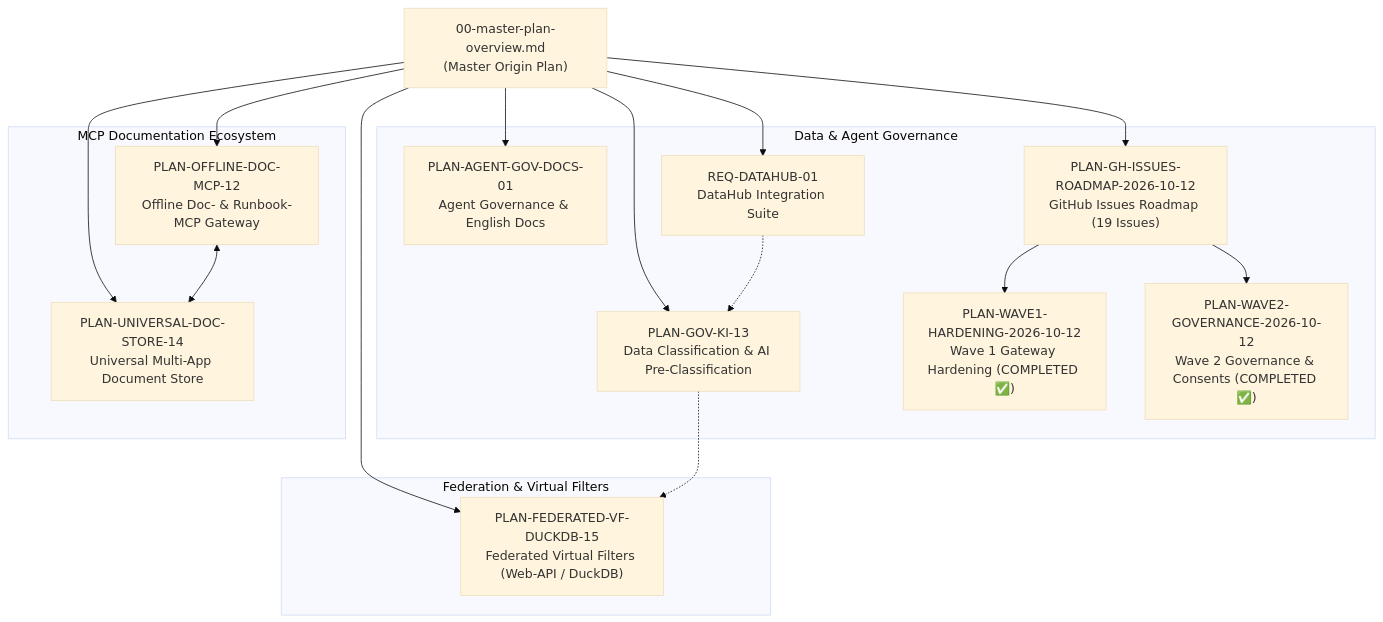
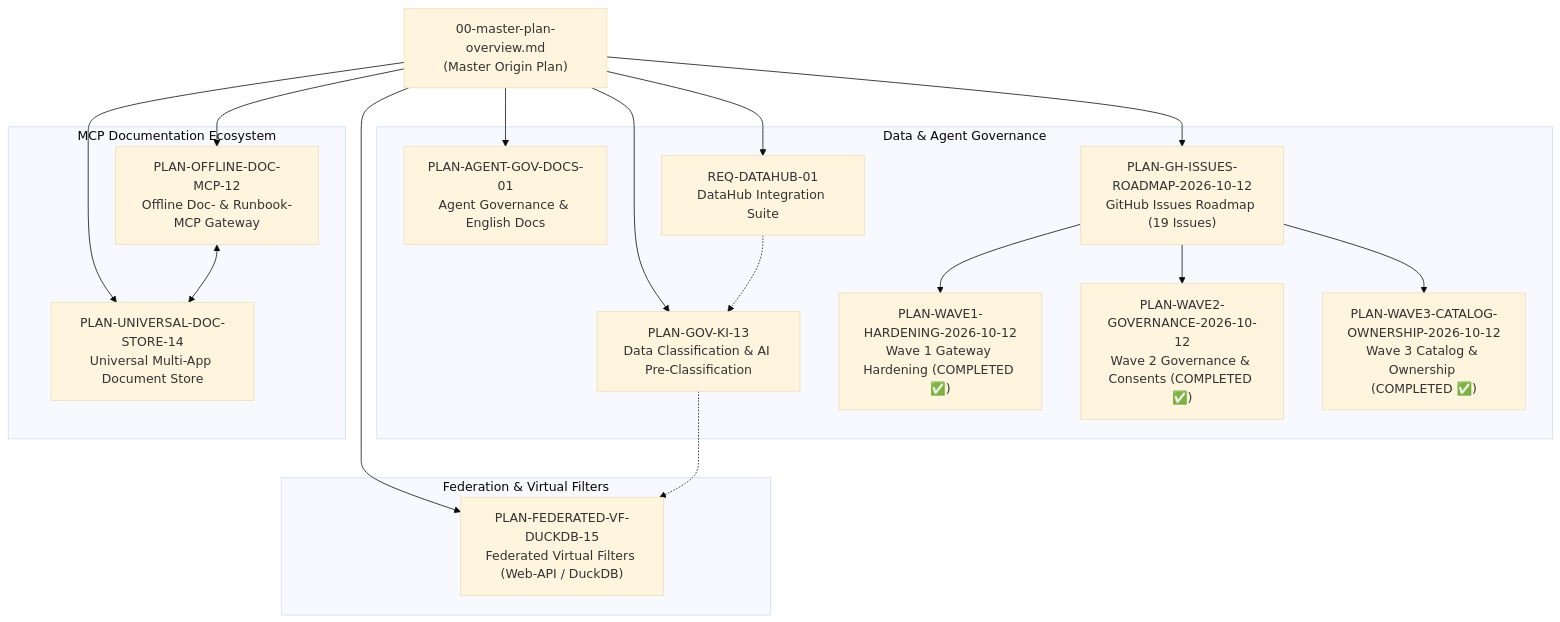
One commit to themulle/autheris changed the diagram in docs/plans/00-master-plan-overview.md. Above: the diagram before and after it, drawn with Mermaid (base theme). The commit also changed other lines of this file and 17 other files, not shown here.

Commit message:
feat(catalog): implement Wave 3 catalog transparency, ownership & masking (#43, #33, #32, #27)

````diff
--- a/docs/plans/00-master-plan-overview.md
+++ b/docs/plans/00-master-plan-overview.md
@@ -41,36 +42,38 @@
 ```mermaid
 flowchart TD
     MP["00-master-plan-overview.md<br/>(Master Origin Plan)"]
     
     subgraph Governance ["Data & Agent Governance"]
         AG["PLAN-AGENT-GOV-DOCS-01<br/>Agent Governance & English Docs"]
         DK["PLAN-GOV-KI-13<br/>Data Classification & AI Pre-Classification"]
         DH["REQ-DATAHUB-01<br/>DataHub Integration Suite"]
         GHI["PLAN-GH-ISSUES-ROADMAP-2026-10-12<br/>GitHub Issues Roadmap (19 Issues)"]
         W1["PLAN-WAVE1-HARDENING-2026-10-12<br/>Wave 1 Gateway Hardening (COMPLETED ✅)"]
         W2["PLAN-WAVE2-GOVERNANCE-2026-10-12<br/>Wave 2 Governance & Consents (COMPLETED ✅)"]
+        W3["PLAN-WAVE3-CATALOG-OWNERSHIP-2026-10-12<br/>Wave 3 Catalog & Ownership (COMPLETED ✅)"]
     end
     
     subgraph ExecutionEngine ["Federation & Virtual Filters"]
         VF["PLAN-FEDERATED-VF-DUCKDB-15<br/>Federated Virtual Filters (Web-API / DuckDB)"]
     end
     
     subgraph DocMCP ["MCP Documentation Ecosystem"]
         DM["PLAN-OFFLINE-DOC-MCP-12<br/>Offline Doc- & Runbook-MCP Gateway"]
         UDS["PLAN-UNIVERSAL-DOC-STORE-14<br/>Universal Multi-App Document Store"]
     end
 
     MP --> AG
     MP --> DK
     MP --> DH
     MP --> GHI
     MP --> VF
     MP --> DM
     MP --> UDS
 
     GHI --> W1
     GHI --> W2
+    GHI --> W3
     DM <--> UDS
     DK -.-> VF
     DH -.-> DK
 ```
````
